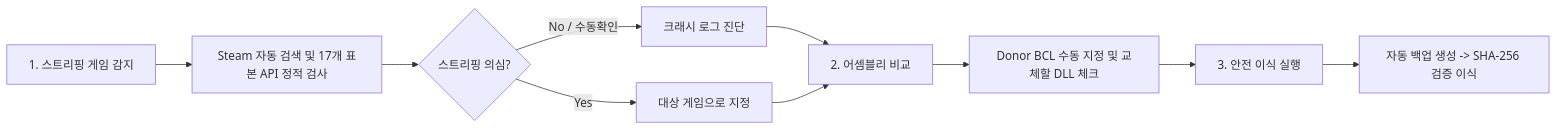
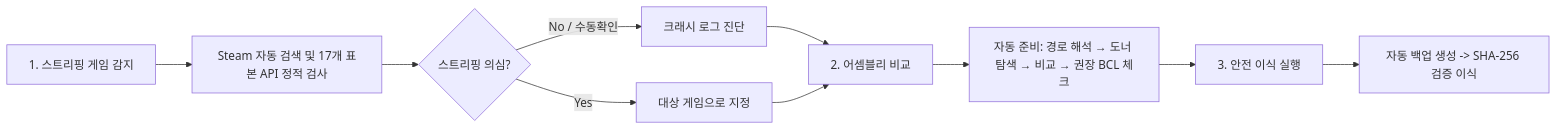
The diagram in docs/README.md (magjangin/bcl-tool-app), drawn with Mermaid before and after one commit. The commit also changed 14 other files, not shown here.

First line of the commit message:
feat: find the donor BCL automatically and preselect what to transplant

````diff
--- a/docs/README.md
+++ b/docs/README.md
@@ -42,12 +42,12 @@
 ```mermaid
 flowchart LR
     A[1. 스트리핑 게임 감지] --> B[Steam 자동 검색 및 17개 표본 API 정적 검사]
     B --> C{스트리핑 의심?}
     C -->|Yes| D[대상 게임으로 지정]
     C -->|No / 수동확인| E[크래시 로그 진단]
     E --> F[2. 어셈블리 비교]
     D --> F
-    F --> G[Donor BCL 수동 지정 및 교체할 DLL 체크]
+    F --> G[자동 준비: 경로 해석 → 도너 탐색 → 비교 → 권장 BCL 체크]
     G --> H[3. 안전 이식 실행]
     H --> I[자동 백업 생성 -> SHA-256 검증 이식]
 ```
````
